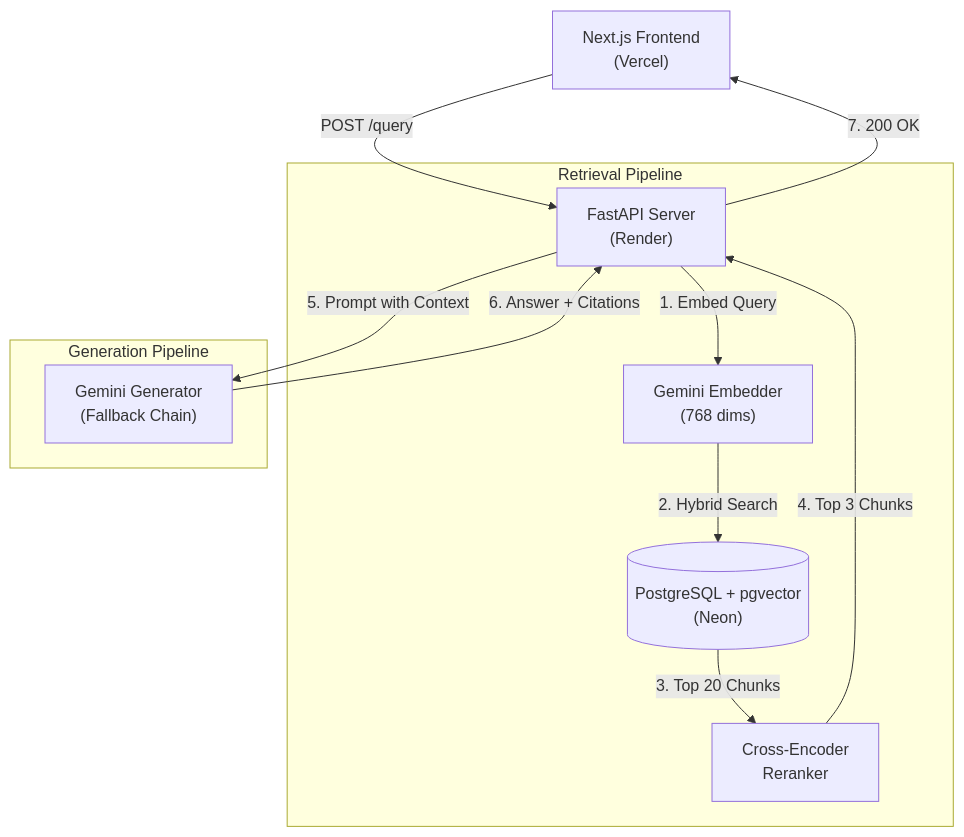
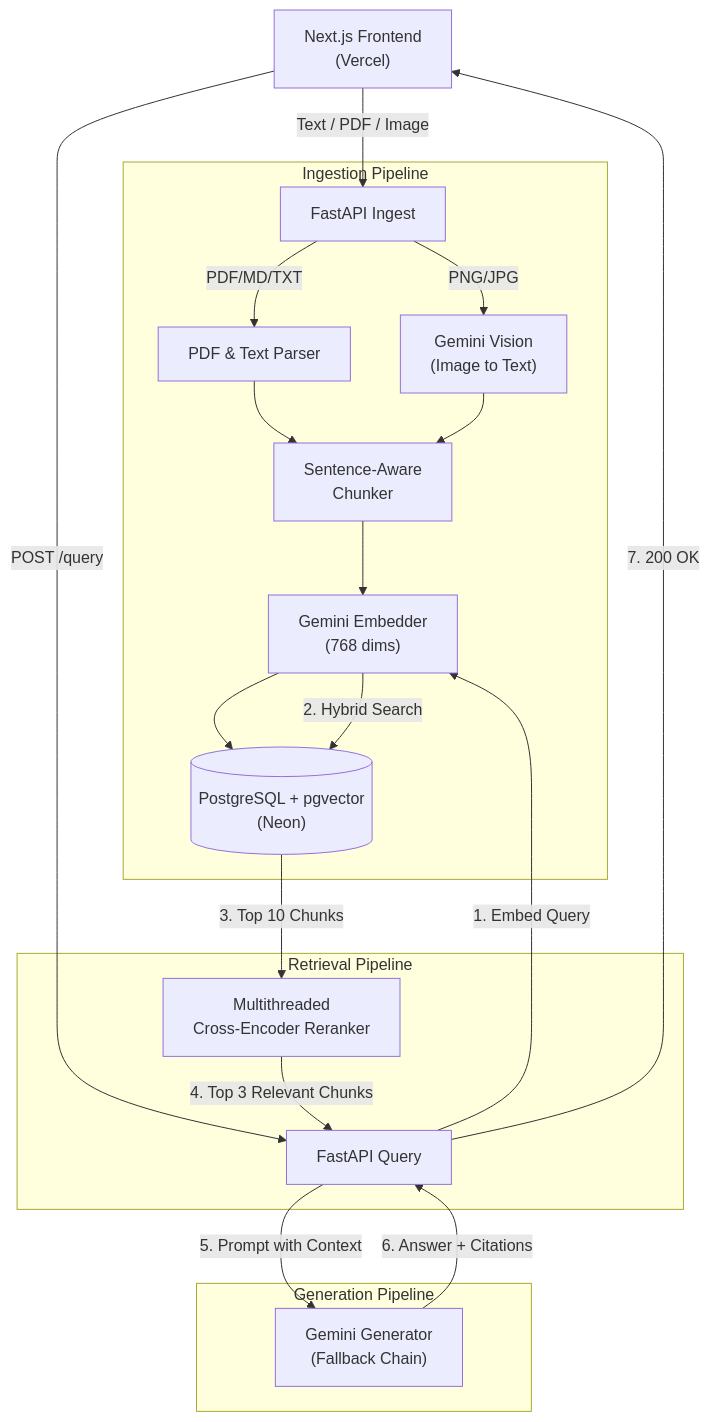
Before and after one commit to shaurya-10000/rag-evals: the diagram in README.md, drawn with Mermaid. The commit also changed other lines of this file, not shown here.

Commit message:
docs: update README for multi-modal ingestion and performance work

````diff
--- a/README.md
+++ b/README.md
@@ -52,18 +52,29 @@
 ```mermaid
 flowchart TD
-    Client["Next.js Frontend\n(Vercel)"] -->|"POST /query"| API["FastAPI Server\n(Render)"]
+    Client["Next.js Frontend\n(Vercel)"] -->|"Text / PDF / Image"| IngestAPI["FastAPI Ingest"]
+
+    subgraph "Ingestion Pipeline"
+        IngestAPI -->|"PDF/MD/TXT"| PDFParser["PDF & Text Parser"]
+        IngestAPI -->|"PNG/JPG"| VisionAPI["Gemini Vision\n(Image to Text)"]
+        PDFParser --> Chunker["Sentence-Aware\nChunker"]
+        VisionAPI --> Chunker
+        Chunker --> Embedder["Gemini Embedder\n(768 dims)"]
+        Embedder --> DB[("PostgreSQL + pgvector\n(Neon)")]
+    end
+
+    Client -->|"POST /query"| QueryAPI["FastAPI Query"]
 
     subgraph "Retrieval Pipeline"
-        API -->|"1. Embed Query"| Embedder["Gemini Embedder\n(768 dims)"]
-        Embedder -->|"2. Hybrid Search"| DB[("PostgreSQL + pgvector\n(Neon)")]
-        DB -->|"3. Top 20 Chunks"| Reranker["Cross-Encoder\nReranker"]
-        Reranker -->|"4. Top 3 Chunks"| API
+        QueryAPI -->|"1. Embed Query"| Embedder
+        Embedder -->|"2. Hybrid Search"| DB
+        DB -->|"3. Top 10 Chunks"| Reranker["Multithreaded\nCross-Encoder Reranker"]
+        Reranker -->|"4. Top 3 Relevant Chunks"| QueryAPI
     end
 
     subgraph "Generation Pipeline"
-        API -->|"5. Prompt with Context"| LLM["Gemini Generator\n(Fallback Chain)"]
+        QueryAPI -->|"5. Prompt with Context"| LLM["Gemini Generator\n(Fallback Chain)"]
     end
 
-    LLM -->|"6. Answer + Citations"| API
-    API -->|"7. 200 OK"| Client
+    LLM -->|"6. Answer + Citations"| QueryAPI
+    QueryAPI -->|"7. 200 OK"| Client
 ```
````
